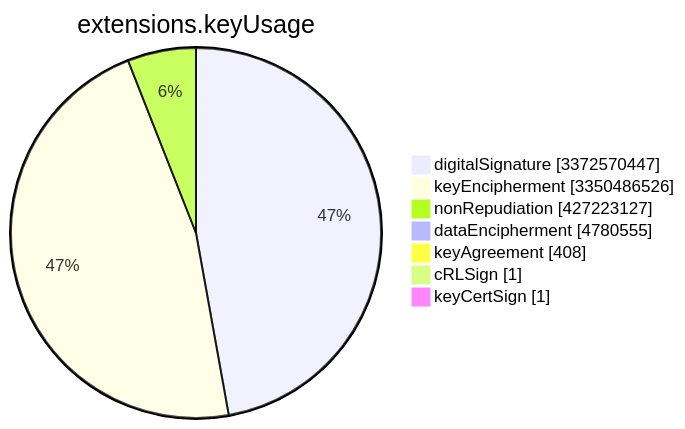
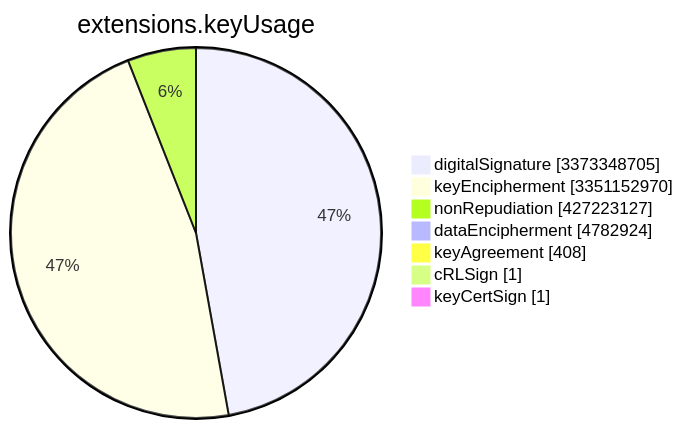
One commit to christiankrug/ctmonitor_visualization changed the sixth of 15 diagrams in TOTAL/README.md. Above: the diagram before and after it, drawn with Mermaid. The commit also changed other lines of this file, not shown here.

````diff
--- a/TOTAL/README.md
+++ b/TOTAL/README.md
@@ -3079,11 +3079,11 @@
 ```mermaid
 pie showData
 title extensions.keyUsage
-"digitalSignature" :3372570447
-"keyEncipherment" :3350486526
+"digitalSignature" :3373348705
+"keyEncipherment" :3351152970
 "nonRepudiation" :427223127
-"dataEncipherment" :4780555
+"dataEncipherment" :4782924
 "keyAgreement" :408
 "cRLSign" :1
 "keyCertSign" :1
 ```
````
